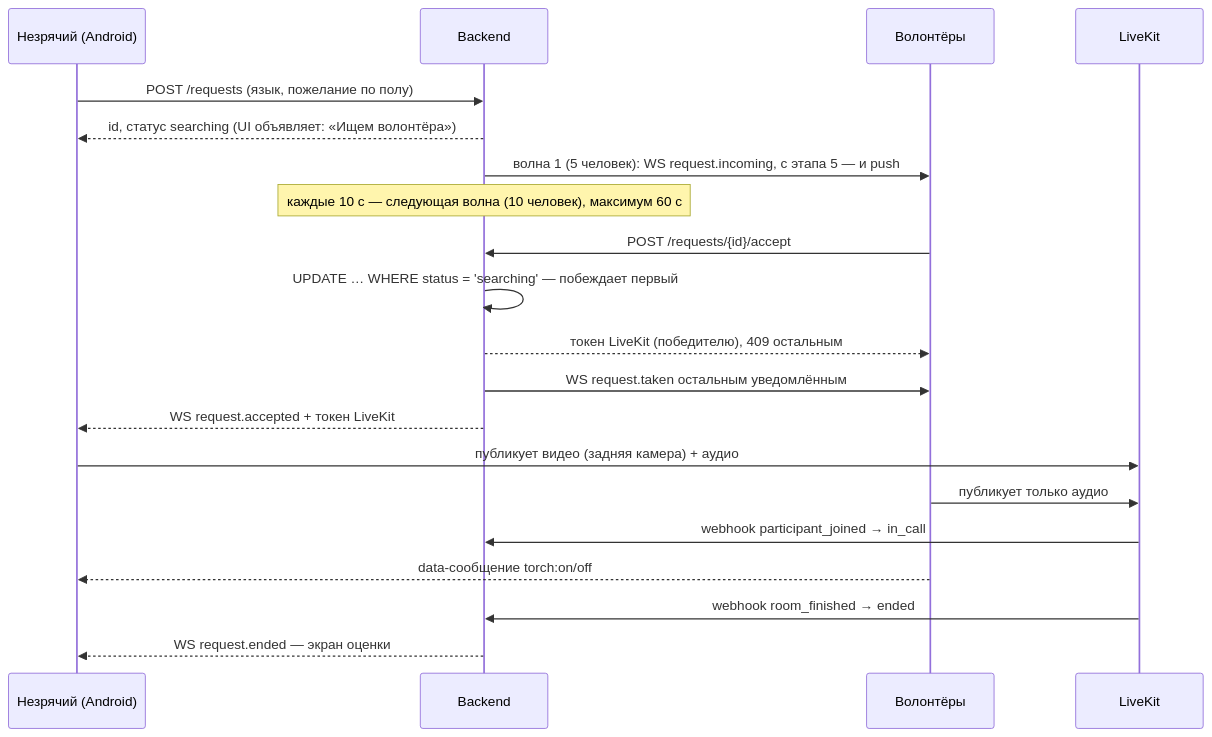
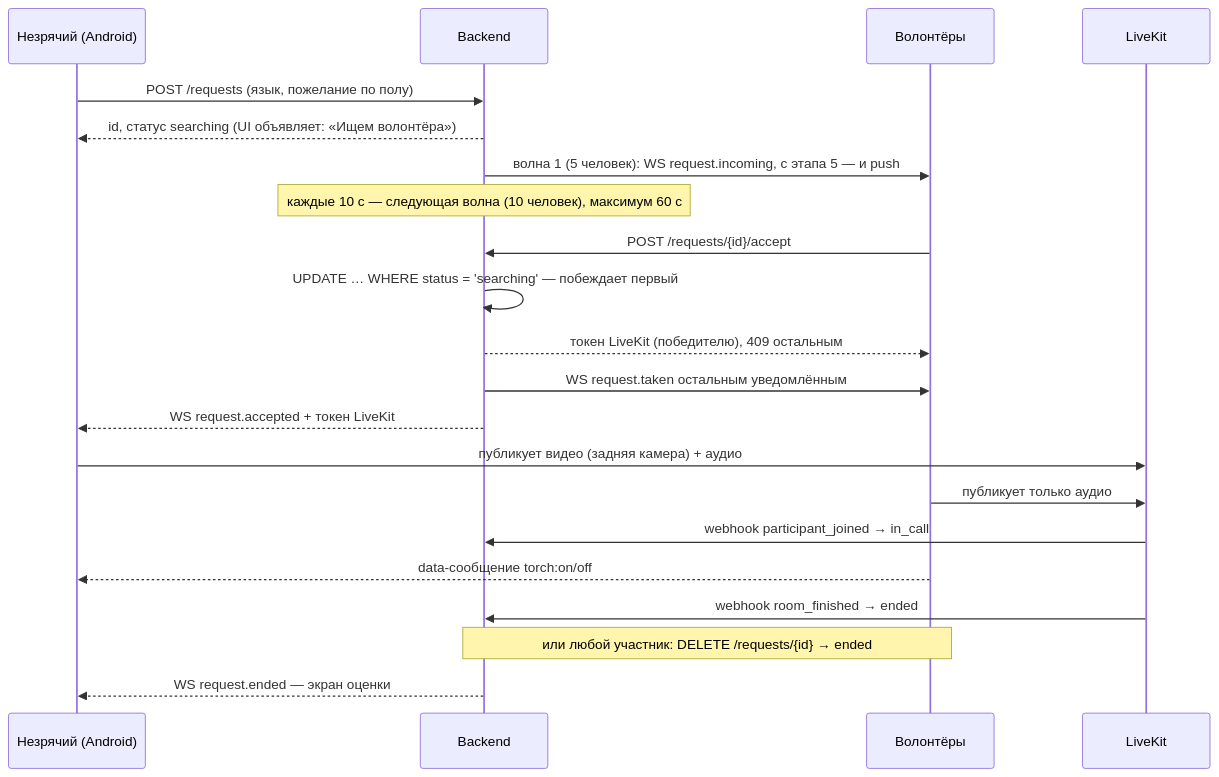
The second of 2 diagrams in docs/ARCHITECTURE.md (KhanKhanov/ryadom), drawn with Mermaid before and after one commit. The commit also changed other lines of this file and 55 other files, not shown here.

````diff
--- a/docs/ARCHITECTURE.md
+++ b/docs/ARCHITECTURE.md
@@ -45,22 +45,23 @@
 ```mermaid
 sequenceDiagram
   participant U as Незрячий (Android)
   participant B as Backend
   participant V as Волонтёры
   participant L as LiveKit
   U->>B: POST /requests (язык, пожелание по полу)
   B-->>U: id, статус searching (UI объявляет: «Ищем волонтёра»)
   B->>V: волна 1 (5 человек): WS request.incoming, с этапа 5 — и push
   Note over B: каждые 10 с — следующая волна (10 человек), максимум 60 с
   V->>B: POST /requests/{id}/accept
   B->>B: UPDATE … WHERE status = 'searching' — побеждает первый
   B-->>V: токен LiveKit (победителю), 409 остальным
   B->>V: WS request.taken остальным уведомлённым
   B-->>U: WS request.accepted + токен LiveKit
   U->>L: публикует видео (задняя камера) + аудио
   V->>L: публикует только аудио
   L->>B: webhook participant_joined → in_call
   V-->>U: data-сообщение torch:on/off
   L->>B: webhook room_finished → ended
+  Note over V,B: или любой участник: DELETE /requests/{id} → ended
   B-->>U: WS request.ended — экран оценки
 ```
````
